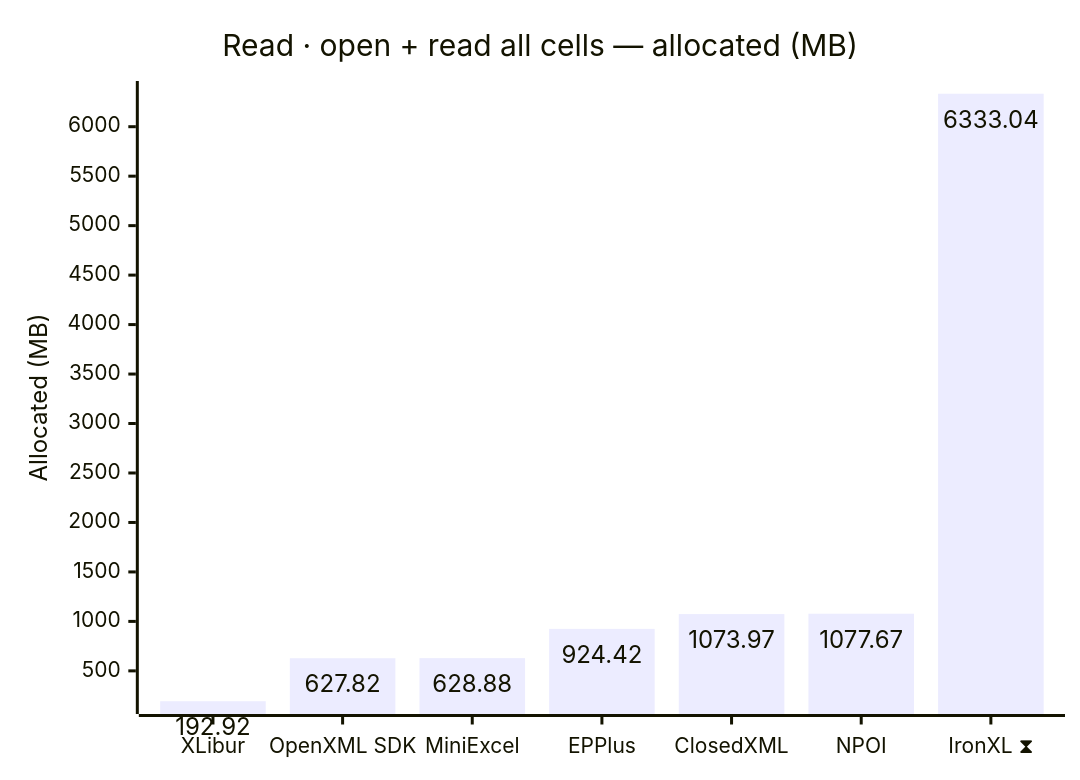
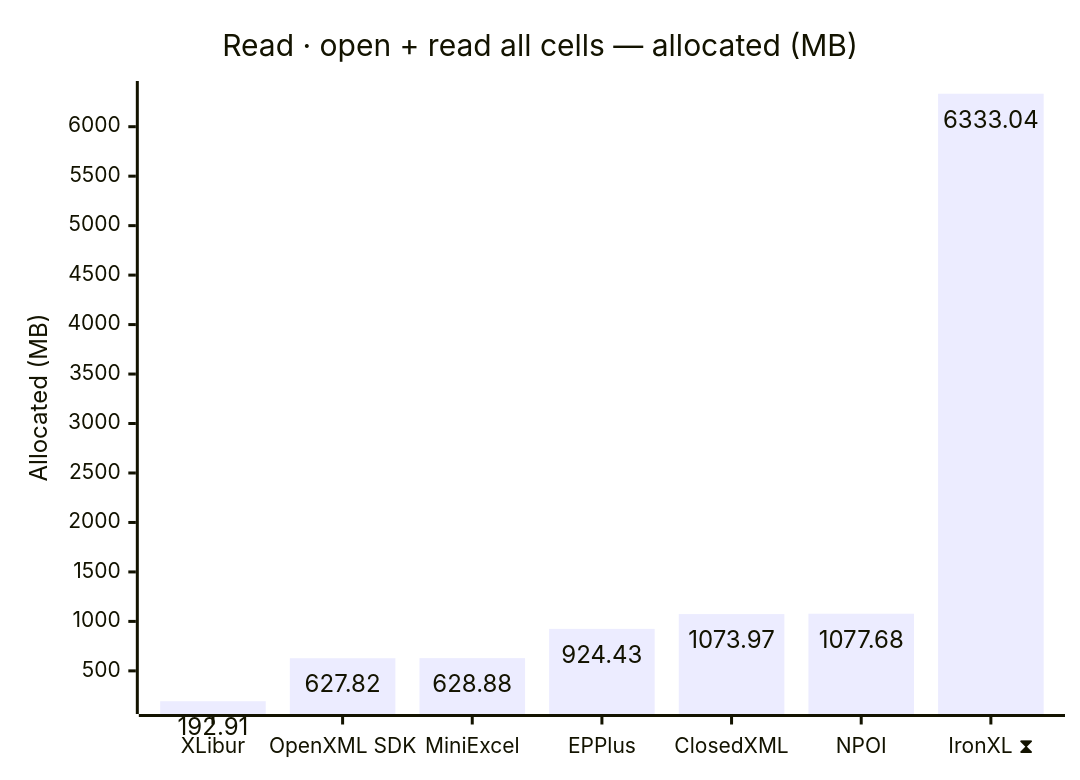
Before and after one commit to jafin/XLBench: the fourth of 12 diagrams in docs/results-ci.md, drawn with Mermaid. The commit also changed other lines of this file, not shown here.

````diff
--- a/docs/results-ci.md
+++ b/docs/results-ci.md
@@ -80,12 +80,12 @@
 ```mermaid
 ---
 config:
   xyChart:
     showDataLabel: true
 ---
 xychart-beta
     title "Read · open + read all cells — allocated (MB)"
     x-axis ["XLibur", "OpenXML SDK", "MiniExcel", "EPPlus", "ClosedXML", "NPOI", "IronXL ⧗"]
     y-axis "Allocated (MB)"
-    bar [192.92, 627.82, 628.88, 924.42, 1073.97, 1077.67, 6333.04]
+    bar [192.91, 627.82, 628.88, 924.43, 1073.97, 1077.68, 6333.04]
 ```
````
